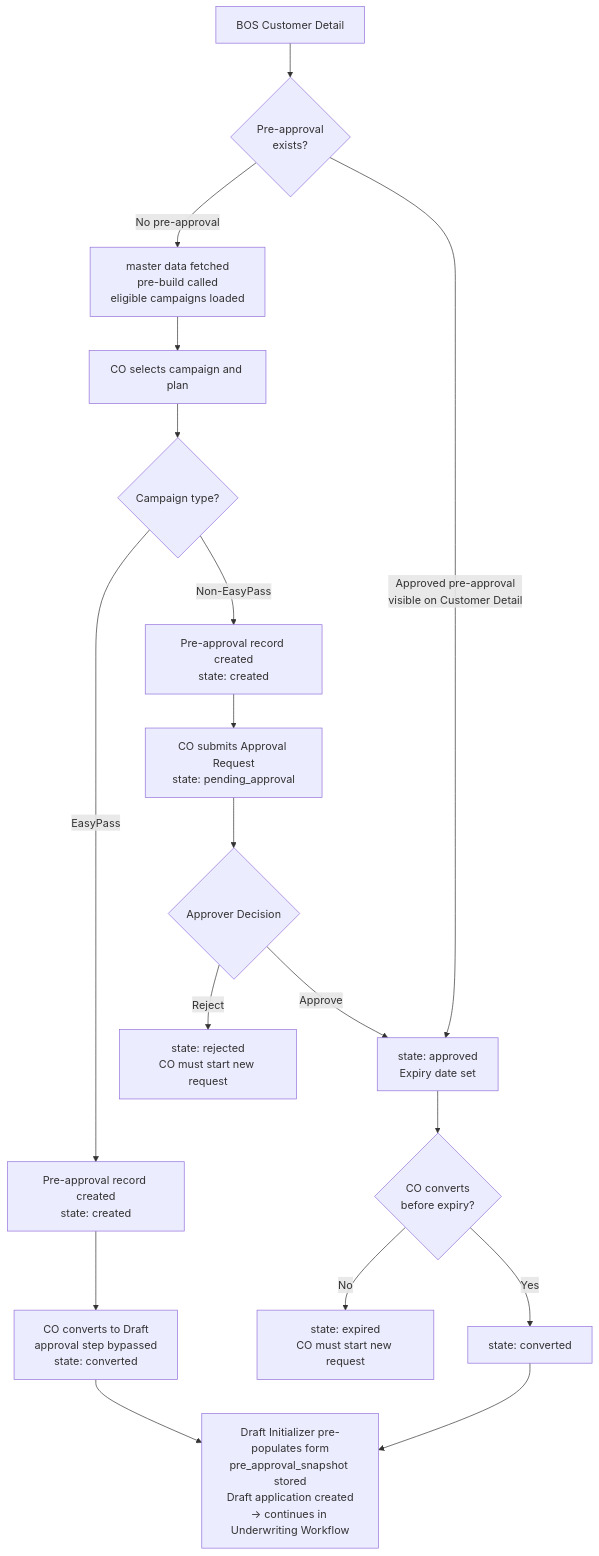
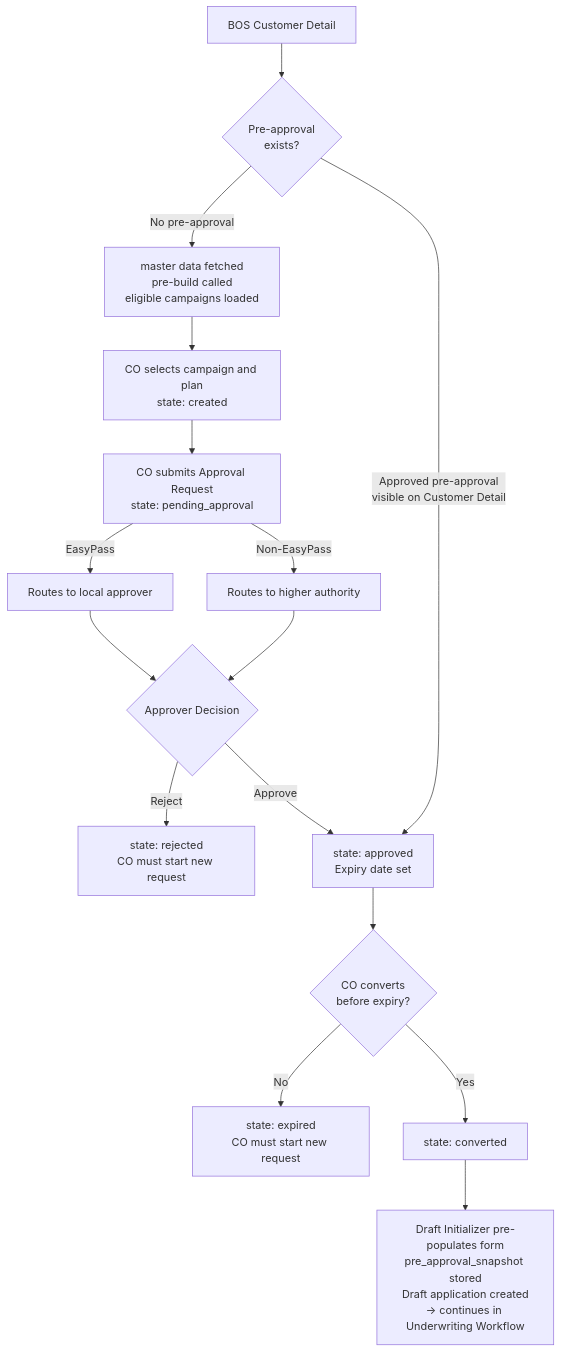
One commit to chanatan-sri/TurboProduct changed the second of 2 diagrams in product/credit/onigiri/capabilities/pre-approval/CAPABILITY.md. Above: the diagram before and after it, drawn with Mermaid. The commit also changed other lines of this file and 2 other files, not shown here.

First line of the commit message:
docs(onigiri): correct EasyPass — both paths go through pending_approval, difference is approver routing only

````diff
--- a/product/credit/onigiri/capabilities/pre-approval/CAPABILITY.md
+++ b/product/credit/onigiri/capabilities/pre-approval/CAPABILITY.md
@@ -181,26 +185,22 @@
 ```mermaid
 flowchart TD
     A[BOS Customer Detail] --> B{Pre-approval\nexists?}
 
     B -- No pre-approval --> C[master data fetched\npre-build called\neligible campaigns loaded]
-    C --> D[CO selects campaign and plan]
-    D --> E{Campaign type?}
-
-    E -- EasyPass --> F[Pre-approval record created\nstate: created]
-    F --> G[CO converts to Draft\napproval step bypassed\nstate: converted]
-
-    E -- Non-EasyPass --> H[Pre-approval record created\nstate: created]
-    H --> I[CO submits Approval Request\nstate: pending_approval]
-    I --> J{Approver Decision}
+    C --> D[CO selects campaign and plan\nstate: created]
+    D --> E[CO submits Approval Request\nstate: pending_approval]
+    E -- EasyPass --> EA[Routes to local approver]
+    E -- Non-EasyPass --> NE[Routes to higher authority]
+    EA --> J{Approver Decision}
+    NE --> J
     J -- Reject --> K[state: rejected\nCO must start new request]
     J -- Approve --> L[state: approved\nExpiry date set]
 
     B -- Approved pre-approval\nvisible on Customer Detail --> L
 
     L --> M{CO converts\nbefore expiry?}
     M -- No --> N[state: expired\nCO must start new request]
     M -- Yes --> O[state: converted]
 
-    G --> P[Draft Initializer pre-populates form\npre_approval_snapshot stored\nDraft application created\n→ continues in Underwriting Workflow]
-    O --> P
+    O --> P[Draft Initializer pre-populates form\npre_approval_snapshot stored\nDraft application created\n→ continues in Underwriting Workflow]
 ```
````
